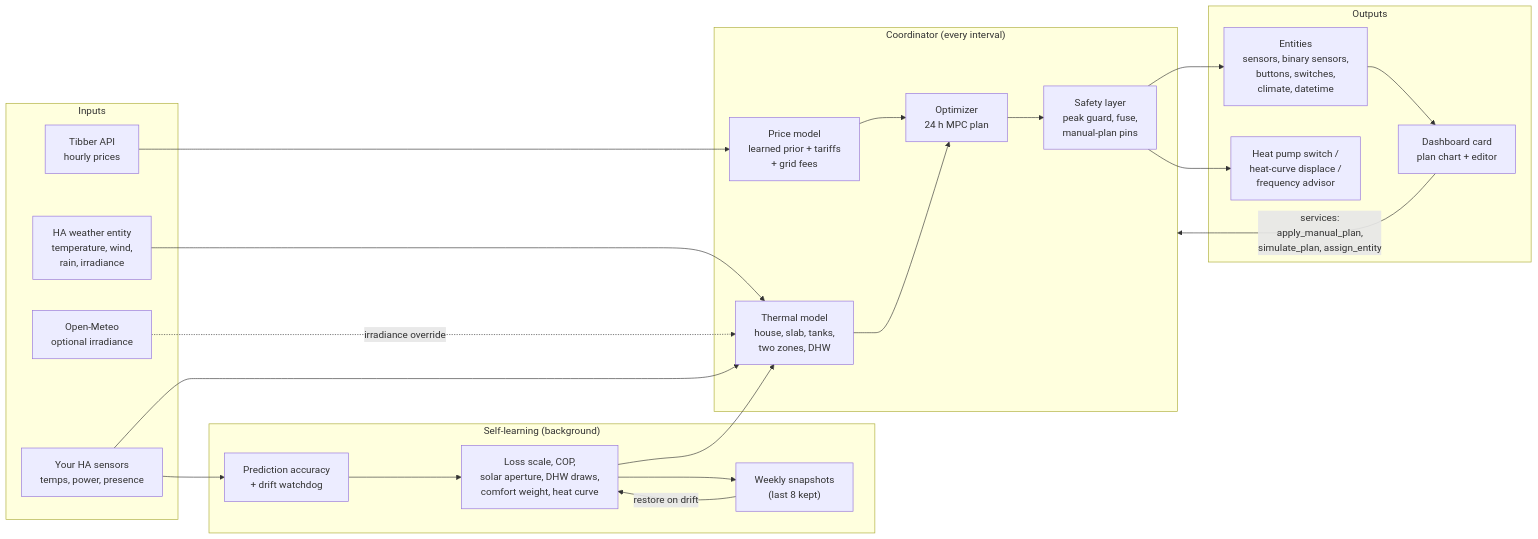
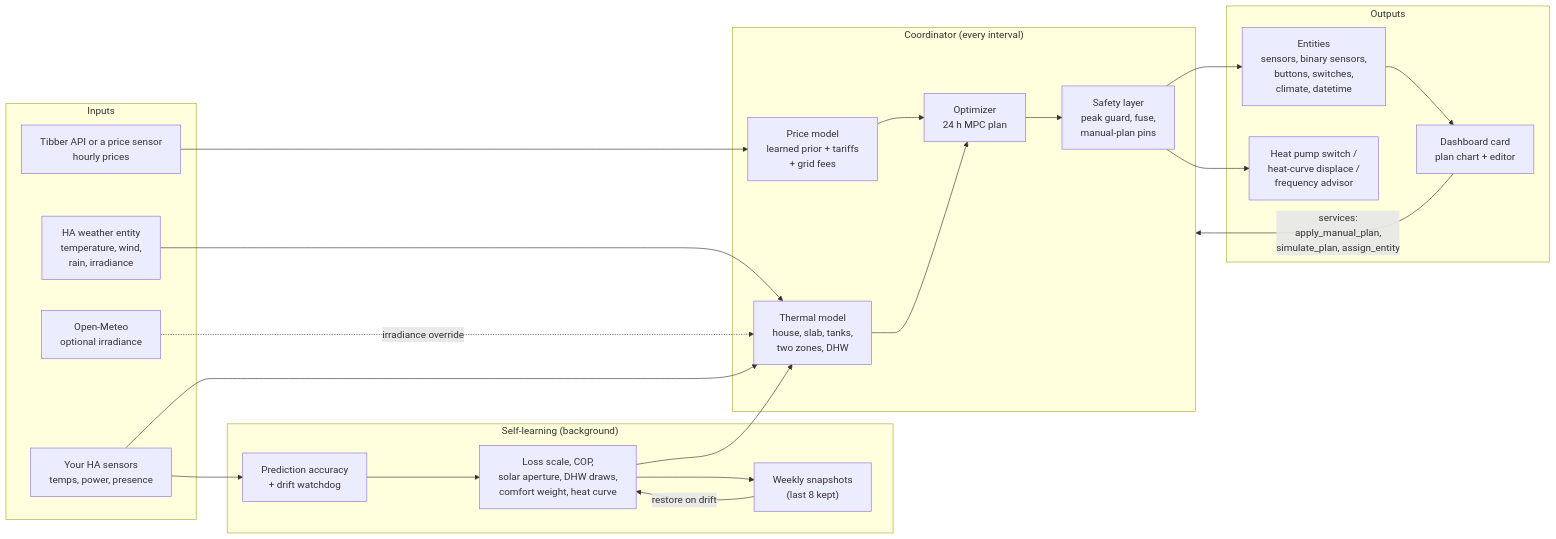
The first of 3 diagrams in README.md (tvofi/heatpump_optimizer), drawn with Mermaid before and after one commit. The commit also changed other lines of this file and 9 other files, not shown here.

First line of the commit message:
Price-source text names Tibber as one of two sources

````diff
--- a/README.md
+++ b/README.md
@@ -128,45 +129,45 @@
 ```mermaid
 flowchart LR
     subgraph inputs["Inputs"]
-        tibber["Tibber API<br/>hourly prices"]
+        tibber["Tibber API or a price sensor<br/>hourly prices"]
         weather["HA weather entity<br/>temperature, wind,<br/>rain, irradiance"]
         meteo["Open-Meteo<br/>optional irradiance"]
         ha["Your HA sensors<br/>temps, power, presence"]
     end
 
     subgraph brain["Coordinator (every interval)"]
         pm["Price model<br/>learned prior + tariffs<br/>+ grid fees"]
         tm["Thermal model<br/>house, slab, tanks,<br/>two zones, DHW"]
         opt["Optimizer<br/>24 h MPC plan"]
         guard["Safety layer<br/>peak guard, fuse,<br/>manual-plan pins"]
     end
 
     subgraph learn["Self-learning (background)"]
         acc["Prediction accuracy<br/>+ drift watchdog"]
         learners["Loss scale, COP,<br/>solar aperture, DHW draws,<br/>comfort weight, heat curve"]
         snap["Weekly snapshots<br/>(last 8 kept)"]
     end
 
     subgraph out["Outputs"]
         ent["Entities<br/>sensors, binary sensors,<br/>buttons, switches,<br/>climate, datetime"]
         card["Dashboard card<br/>plan chart + editor"]
         ctl["Heat pump switch /<br/>heat-curve displace /<br/>frequency advisor"]
     end
 
     tibber --> pm
     weather --> tm
     meteo -. "irradiance override" .-> tm
     ha --> tm
     pm --> opt
     tm --> opt
     opt --> guard
     guard --> ent
     guard --> ctl
     ent --> card
     card -- "services:<br/>apply_manual_plan,<br/>simulate_plan, assign_entity" --> brain
     acc --> learners
     learners --> tm
     learners --> snap
     snap -- "restore on drift" --> learners
     ha --> acc
 ```
````
